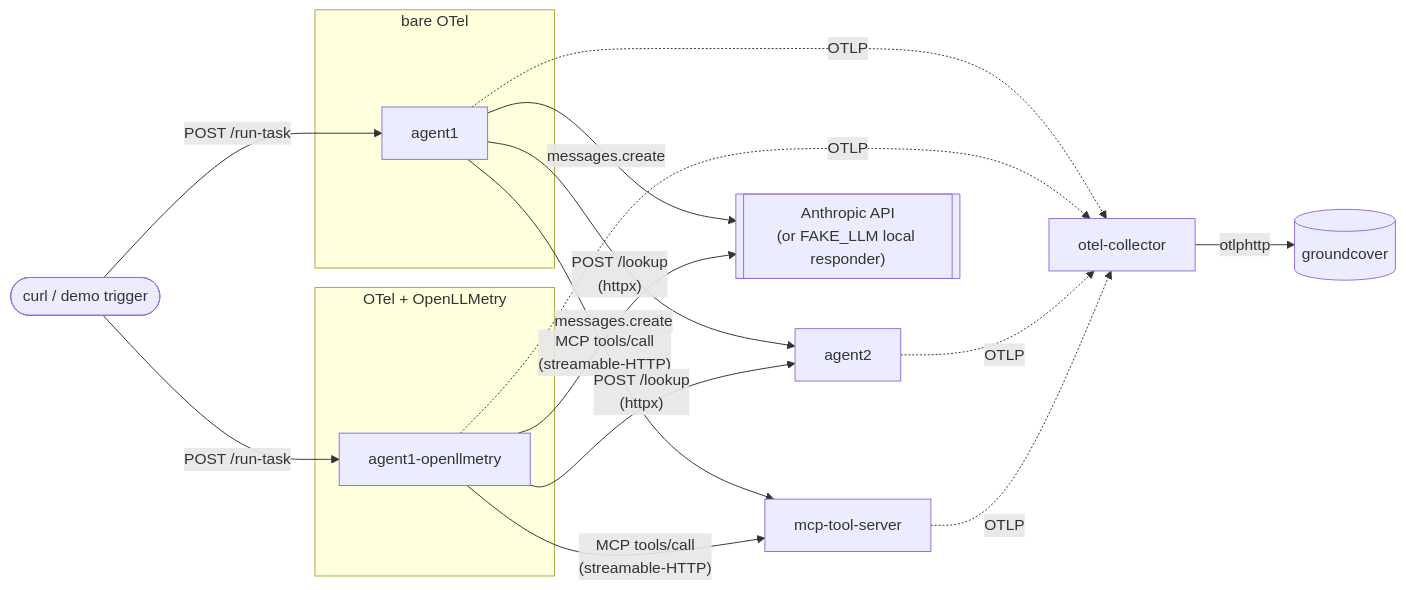
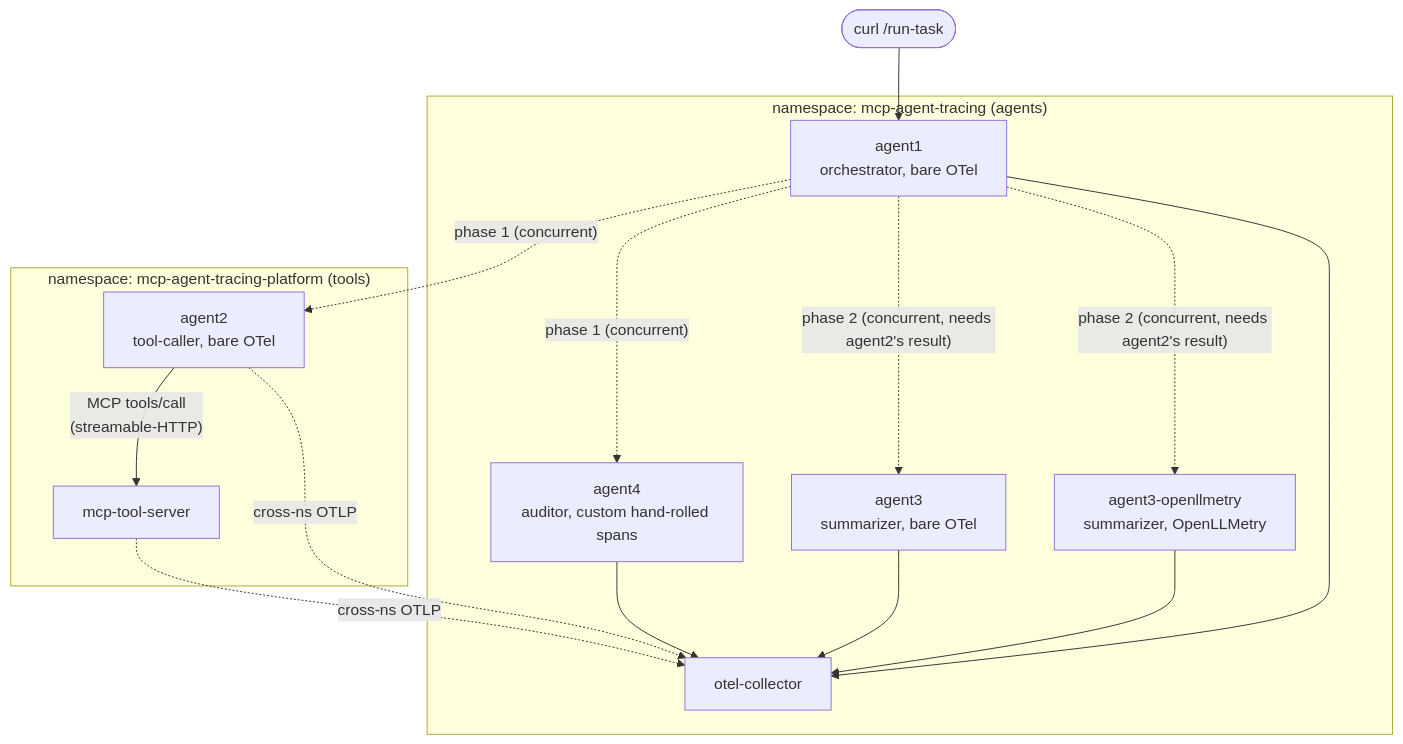
The first of 3 diagrams in README.md (sf-matt/mcp-agent-tracing), drawn with Mermaid before and after one commit. The commit also changed other lines of this file, not shown here.

First line of the commit message:
Update README for the 4-agent, cross-namespace, 3-tier redesign

````diff
--- a/README.md
+++ b/README.md
@@ -21,34 +28,30 @@
 ```mermaid
-flowchart LR
-    U([curl / demo trigger])
+flowchart TB
+    U([curl /run-task]) --> A1
 
-    subgraph bare["bare OTel"]
-        A1[agent1]
-    end
-    subgraph oll["OTel + OpenLLMetry"]
-        A1O[agent1-openllmetry]
+    subgraph nsA["namespace: mcp-agent-tracing (agents)"]
+        A1[agent1<br/>orchestrator, bare OTel]
+        A3[agent3<br/>summarizer, bare OTel]
+        A3O[agent3-openllmetry<br/>summarizer, OpenLLMetry]
+        A4[agent4<br/>auditor, custom hand-rolled spans]
+        OC[otel-collector]
     end
 
-    A2[agent2]
-    MCP[mcp-tool-server]
-    LLM[["Anthropic API<br/>(or FAKE_LLM local responder)"]]
-    OC[otel-collector]
-    GC[("groundcover")]
+    subgraph nsB["namespace: mcp-agent-tracing-platform (tools)"]
+        A2[agent2<br/>tool-caller, bare OTel]
+        MCP[mcp-tool-server]
+    end
 
-    U -->|POST /run-task| A1
-    U -->|POST /run-task| A1O
+    A1 -. "phase 1 (concurrent)" .-> A2
+    A1 -. "phase 1 (concurrent)" .-> A4
+    A1 -. "phase 2 (concurrent, needs agent2's result)" .-> A3
+    A1 -. "phase 2 (concurrent, needs agent2's result)" .-> A3O
+    A2 -->|"MCP tools/call<br/>(streamable-HTTP)"| MCP
 
-    A1 -->|"MCP tools/call<br/>(streamable-HTTP)"| MCP
-    A1 -->|"POST /lookup<br/>(httpx)"| A2
-    A1 -->|messages.create| LLM
-
-    A1O -->|"MCP tools/call<br/>(streamable-HTTP)"| MCP
-    A1O -->|"POST /lookup<br/>(httpx)"| A2
-    A1O -->|messages.create| LLM
-
-    A1 -. OTLP .-> OC
-    A1O -. OTLP .-> OC
-    A2 -. OTLP .-> OC
-    MCP -. OTLP .-> OC
-    OC -->|otlphttp| GC
+    A1 --> OC
+    A2 -.cross-ns OTLP.-> OC
+    A3 --> OC
+    A3O --> OC
+    A4 --> OC
+    MCP -.cross-ns OTLP.-> OC
 ```
````
